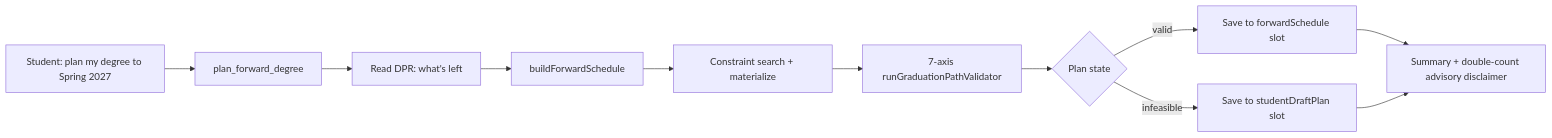
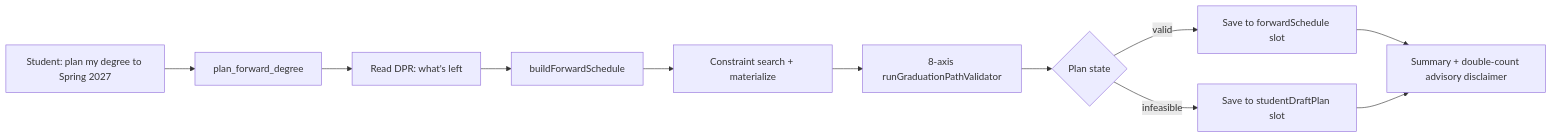
One commit to EdoardoMongardi/NYU_Path changed the first of 3 diagrams in Docs/current-system/tools/plan_forward_degree.md. Above: the diagram before and after it, drawn with Mermaid. The commit also changed other lines of this file and 3 other files, not shown here.

````diff
--- a/Docs/current-system/tools/plan_forward_degree.md
+++ b/Docs/current-system/tools/plan_forward_degree.md
@@ -11,13 +11,13 @@
 ```mermaid
 flowchart LR
     Q[Student: plan my degree to Spring 2027] --> T[plan_forward_degree]
     T --> D[Read DPR: what's left]
     D --> B[buildForwardSchedule]
     B --> S[Constraint search + materialize]
-    S --> V[7-axis runGraduationPathValidator]
+    S --> V[8-axis runGraduationPathValidator]
     V --> ST{Plan state}
     ST -->|valid| MAIN[Save to forwardSchedule slot]
     ST -->|infeasible| DRAFT[Save to studentDraftPlan slot]
     MAIN --> R[Summary + double-count advisory disclaimer]
     DRAFT --> R
 ```
````
